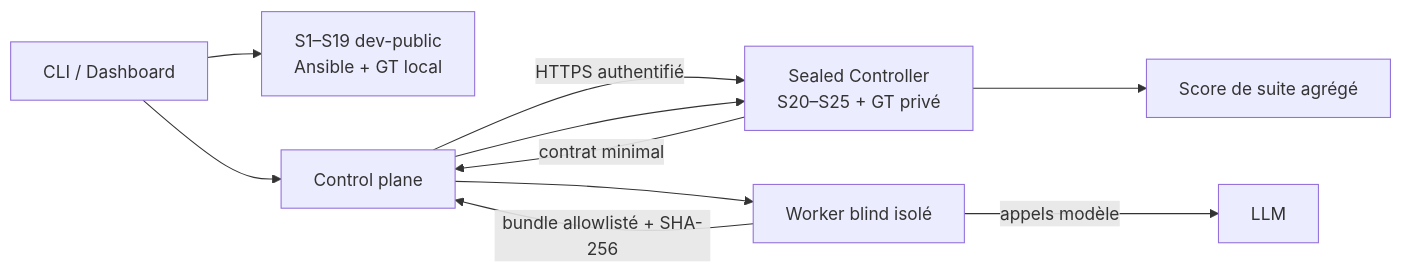
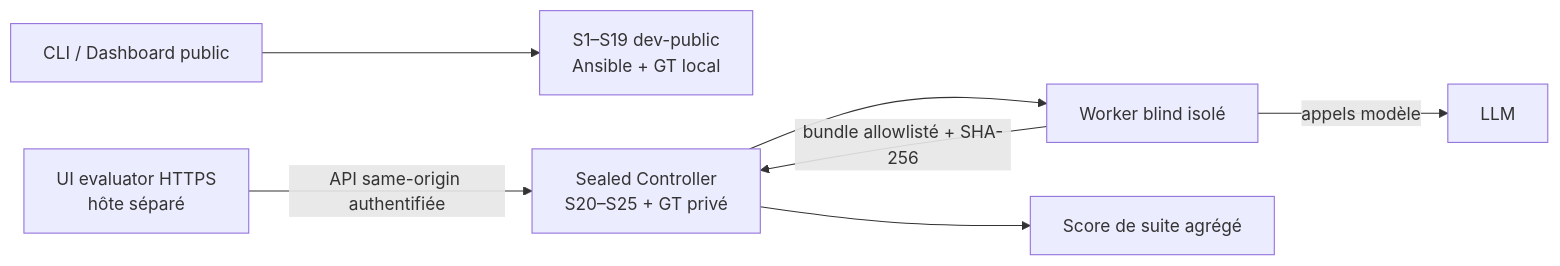
One commit to Tanguyvans/LANCE changed the diagram in benchmarks/README.md. Above: the diagram before and after it, drawn with Mermaid. The commit also changed other lines of this file and 65 other files, not shown here.

````diff
--- a/benchmarks/README.md
+++ b/benchmarks/README.md
@@ -12,20 +12,17 @@
 ```mermaid
 flowchart LR
-    USER["CLI / Dashboard"]
+    USER["CLI / Dashboard public"]
     PUBLIC["S1–S19 dev-public<br/>Ansible + GT local"]
-    CONTROL["Control plane"]
+    EVALUI["UI evaluator HTTPS<br/>hôte séparé"]
     SEALED["Sealed Controller<br/>S20–S25 + GT privé"]
     WORKER["Worker blind isolé"]
     SCORE["Score de suite agrégé"]
     LLM["LLM"]
 
     USER --> PUBLIC
-    USER --> CONTROL
-    CONTROL -->|HTTPS authentifié| SEALED
-    SEALED -->|contrat minimal| CONTROL
-    CONTROL --> WORKER
+    EVALUI -->|API same-origin authentifiée| SEALED
+    SEALED --> WORKER
     WORKER -->|appels modèle| LLM
-    WORKER -->|bundle allowlisté + SHA-256| CONTROL
-    CONTROL --> SEALED
+    WORKER -->|bundle allowlisté + SHA-256| SEALED
     SEALED --> SCORE
 ```
````
